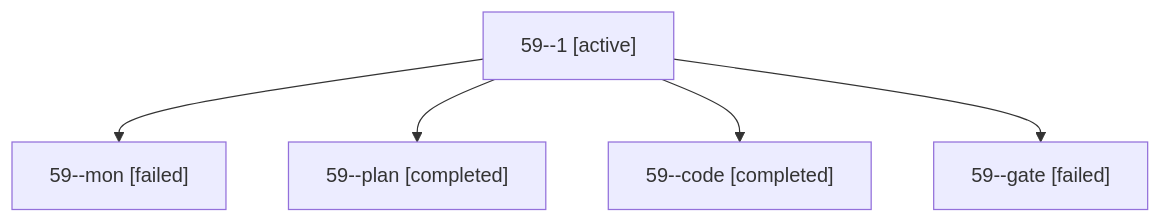
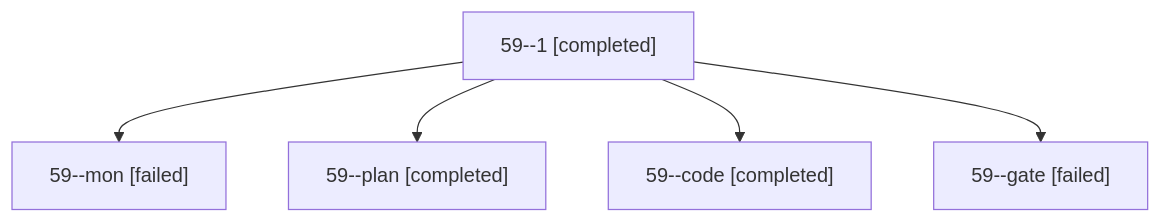
The diagram in sessions/bbugyi200.apollo.59.md (bobs-org/bob-cli--agents), drawn with Mermaid before and after one commit. The commit also changed other lines of this file and 57 other files, not shown here.

````diff
--- a/sessions/bbugyi200.apollo.59.md
+++ b/sessions/bbugyi200.apollo.59.md
@@ -9,12 +9,12 @@
 ```mermaid
 flowchart TD
-  n0["59--1 [active]"]
+  n0["59--1 [completed]"]
   n1["59--mon [failed]"]
   n0 --> n1
   n2["59--plan [completed]"]
   n0 --> n2
   n3["59--code [completed]"]
   n0 --> n3
   n4["59--gate [failed]"]
   n0 --> n4
 ```
````
